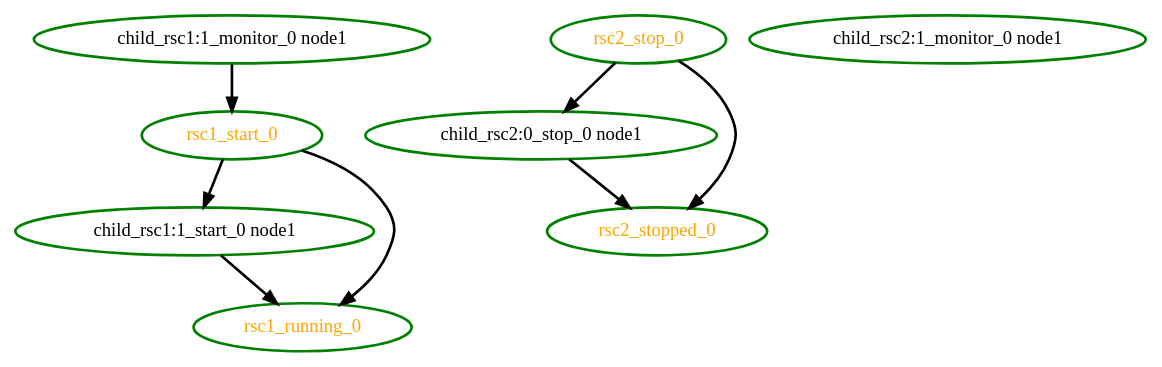
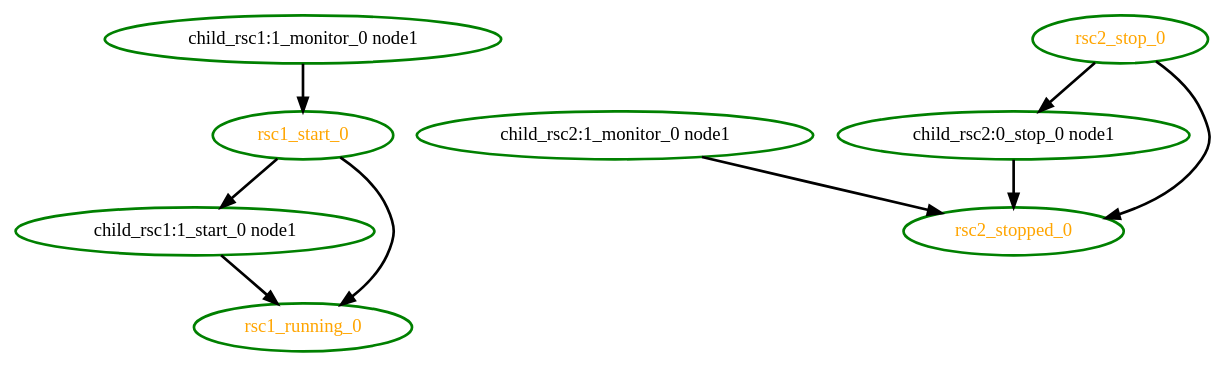
Before and after one commit to ClusterLabs/pacemaker: the diagram in pengine/test10/notify-0.dot, drawn with Graphviz. The commit also changed 82 other files, not shown here.

```diff
--- a/pengine/test10/notify-0.dot
+++ b/pengine/test10/notify-0.dot
@@ -1,17 +1,18 @@
  digraph "g" {
 "child_rsc1:1_monitor_0 node1" -> "rsc1_start_0" [ style = bold]
 "child_rsc1:1_monitor_0 node1" [ style=bold color="green" fontcolor="black" ]
 "child_rsc1:1_start_0 node1" -> "rsc1_running_0" [ style = bold]
 "child_rsc1:1_start_0 node1" [ style=bold color="green" fontcolor="black" ]
 "child_rsc2:0_stop_0 node1" -> "rsc2_stopped_0" [ style = bold]
 "child_rsc2:0_stop_0 node1" [ style=bold color="green" fontcolor="black" ]
+"child_rsc2:1_monitor_0 node1" -> "rsc2_stopped_0" [ style = bold]
 "child_rsc2:1_monitor_0 node1" [ style=bold color="green" fontcolor="black" ]
 "rsc1_running_0" [ style=bold color="green" fontcolor="orange" ]
 "rsc1_start_0" -> "child_rsc1:1_start_0 node1" [ style = bold]
 "rsc1_start_0" -> "rsc1_running_0" [ style = bold]
 "rsc1_start_0" [ style=bold color="green" fontcolor="orange" ]
 "rsc2_stop_0" -> "child_rsc2:0_stop_0 node1" [ style = bold]
 "rsc2_stop_0" -> "rsc2_stopped_0" [ style = bold]
 "rsc2_stop_0" [ style=bold color="green" fontcolor="orange" ]
 "rsc2_stopped_0" [ style=bold color="green" fontcolor="orange" ]
 }
```
